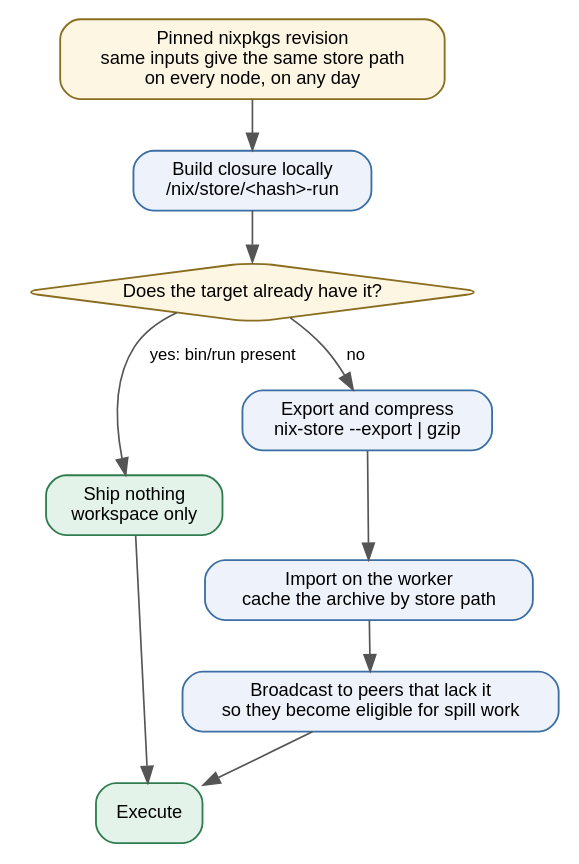
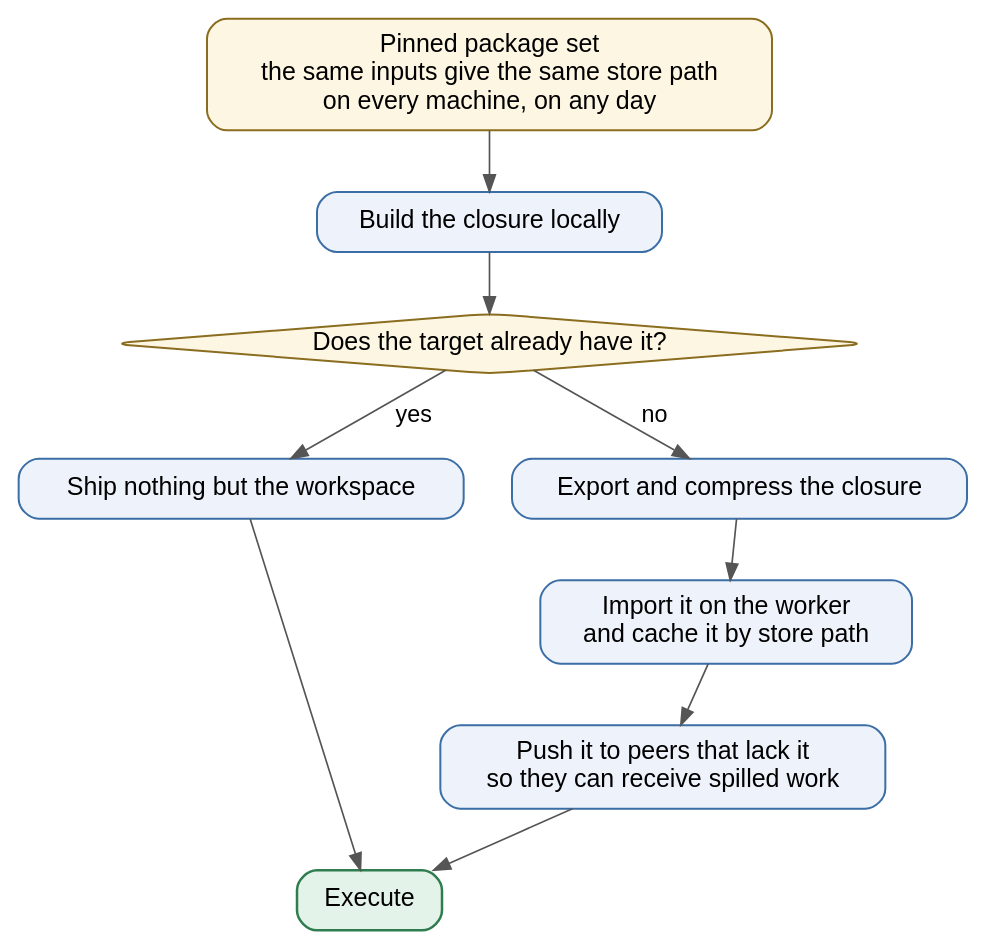
Before and after one commit to vinayakyadav2709/Pipedpeer: the diagram in docs/diagrams/src/fig_4.4_closure_cache.dot, drawn with Graphviz. The commit also changed 34 other files, not shown here.

```diff
--- a/docs/diagrams/src/fig_4.4_closure_cache.dot
+++ b/docs/diagrams/src/fig_4.4_closure_cache.dot
@@ -1,22 +1,27 @@
 // Figure 4.4 - Closure transfer: the store path is the cluster-wide cache key.
+// Two columns rather than one, so the figure is not a full page tall.
 digraph ClosureCache {
-  rankdir=TB; bgcolor="white"; nodesep=0.30; ranksep=0.42;
-  node [fontname="Helvetica", fontsize=11, shape=box, style="rounded,filled",
-        fillcolor="#eef3fb", color="#3b6ea5", penwidth=1.1, margin="0.14,0.08"];
-  edge [fontname="Helvetica", fontsize=10, color="#555555"];
+  rankdir=TB; bgcolor="white"; nodesep=0.40; ranksep=0.48;
+  node [fontname="Helvetica", fontsize=15, shape=box, style="rounded,filled",
+        fillcolor="#eef3fb", color="#3b6ea5", penwidth=1.2, margin="0.18,0.11"];
+  edge [fontname="Helvetica", fontsize=14, color="#555555"];
 
-  pin  [label="Pinned nixpkgs revision\nsame inputs give the same store path\non every node, on any day", fillcolor="#fdf6e3", color="#8a6d1f"];
-  bld  [label="Build closure locally\n/nix/store/<hash>-run"];
-  ask  [label="Does the target already have it?", shape=diamond, fillcolor="#fdf6e3", color="#8a6d1f", margin="0.02"];
-  skip [label="Ship nothing\nworkspace only", fillcolor="#e3f3e9", color="#2f7d4f"];
-  exp  [label="Export and compress\nnix-store --export | gzip"];
-  imp  [label="Import on the worker\ncache the archive by store path"];
-  bcast[label="Broadcast to peers that lack it\nso they become eligible for spill work"];
-  run  [label="Execute", fillcolor="#e3f3e9", color="#2f7d4f"];
+  pin  [label="Pinned package set\nthe same inputs give the same store path\non every machine, on any day",
+        fillcolor="#fdf6e3", color="#8a6d1f"];
+  bld  [label="Build the closure locally"];
+  ask  [label="Does the target already have it?", shape=diamond,
+        fillcolor="#fdf6e3", color="#8a6d1f", margin="0.04"];
+  skip [label="Ship nothing but the workspace"];
+  exp  [label="Export and compress the closure"];
+  imp  [label="Import it on the worker\nand cache it by store path"];
+  bcast[label="Push it to peers that lack it\nso they can receive spilled work"];
+  run  [label="Execute", fillcolor="#e3f3e9", color="#2f7d4f", penwidth=1.5];
 
   pin -> bld -> ask;
-  ask -> skip [label="  yes: bin/run present  "];
+  ask -> skip [label="  yes  "];
   ask -> exp  [label="  no  "];
   exp -> imp -> bcast;
-  skip -> run; bcast -> run;
+  skip -> run;
+  bcast -> run;
+  { rank=same; skip; exp; }
 }
```
